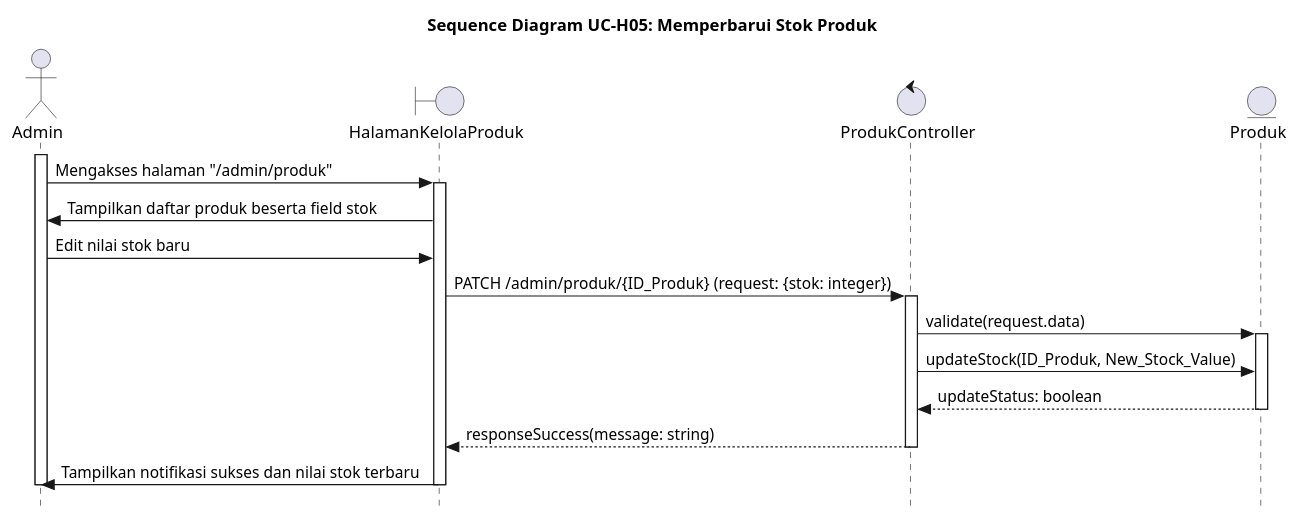
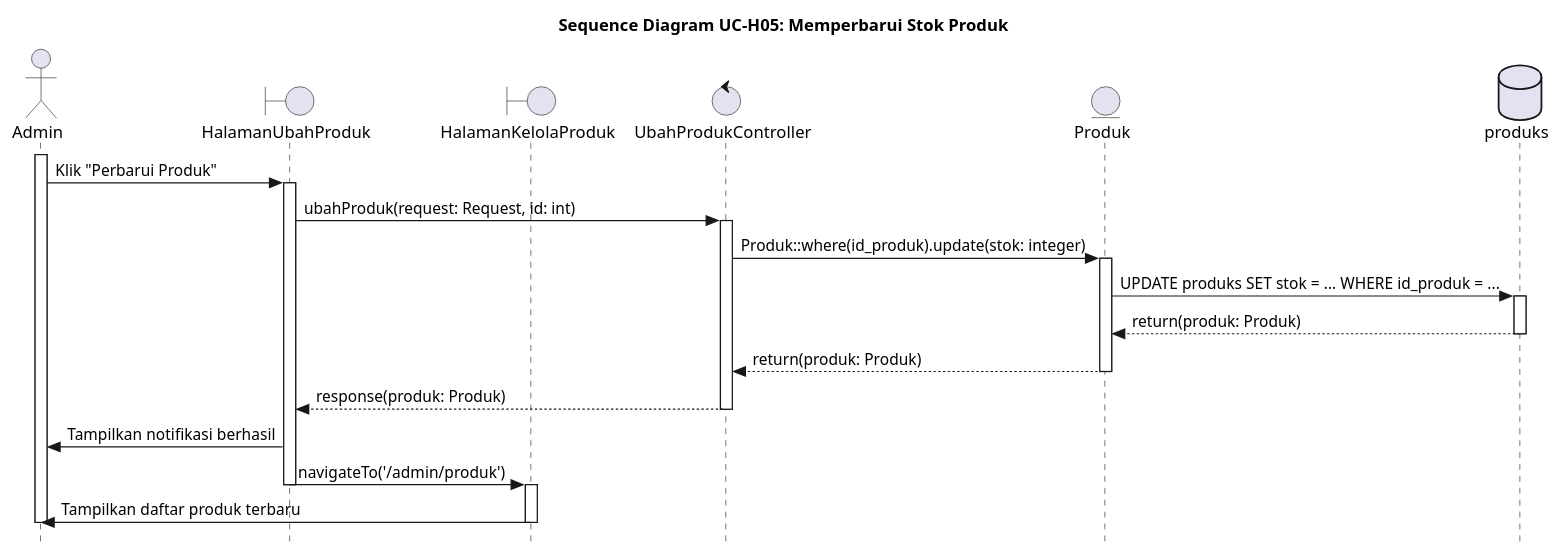
One commit to alfiahnurfa/RSI-PROYEK-AKHIR-SEQUENCE changed the diagram in UC-H05.PUML. Above: the diagram before and after it, drawn with PlantUML. The commit also changed 15 other files, not shown here.

Commit message:
perbaikan seq diagram

```diff
--- a/UC-H05.PUML
+++ b/UC-H05.PUML
@@ -1,35 +1,44 @@
 @startuml SD-UC-H05_PerbaruiStok
 title Sequence Diagram UC-H05: Memperbarui Stok Produk
 skinparam style strictuml
 
 actor Admin
+boundary HalamanUbahProduk
 boundary HalamanKelolaProduk
-control ProdukController
+control UbahProdukController
 entity Produk
+database produks
 
 activate Admin
-Admin -> HalamanKelolaProduk : Mengakses halaman "/admin/produk"
+
+Admin -> HalamanUbahProduk : Klik "Perbarui Produk"
+activate HalamanUbahProduk
+
+HalamanUbahProduk -> UbahProdukController : ubahProduk(request: Request, id: int)
+activate UbahProdukController
+
+UbahProdukController -> Produk : Produk::where(id_produk).update(stok: integer)
+activate Produk
+
+Produk -> produks : UPDATE produks SET stok = ... WHERE id_produk = ...
+activate produks
+
+produks --> Produk : return(produk: Produk)
+deactivate produks
+
+Produk --> UbahProdukController : return(produk: Produk)
+deactivate Produk
+
+UbahProdukController --> HalamanUbahProduk : response(produk: Produk)
+deactivate UbahProdukController
+
+HalamanUbahProduk -> Admin : Tampilkan notifikasi berhasil
+HalamanUbahProduk -> HalamanKelolaProduk : navigateTo('/admin/produk')
+deactivate HalamanUbahProduk
 activate HalamanKelolaProduk
 
-HalamanKelolaProduk -> Admin : Tampilkan daftar produk beserta field stok
-
-Admin -> HalamanKelolaProduk : Edit nilai stok baru
-
-HalamanKelolaProduk -> ProdukController : PATCH /admin/produk/{ID_Produk} (request: {stok: integer})
-activate ProdukController
-
-ProdukController -> Produk : validate(request.data)
-activate Produk
-
-ProdukController -> Produk : updateStock(ID_Produk, New_Stock_Value)
-Produk --> ProdukController : updateStatus: boolean
-deactivate Produk
-
-ProdukController --> HalamanKelolaProduk : responseSuccess(message: string)
-deactivate ProdukController
-
-HalamanKelolaProduk -> Admin : Tampilkan notifikasi sukses dan nilai stok terbaru
+HalamanKelolaProduk -> Admin : Tampilkan daftar produk terbaru
 deactivate HalamanKelolaProduk
 deactivate Admin
 
 @enduml
```
